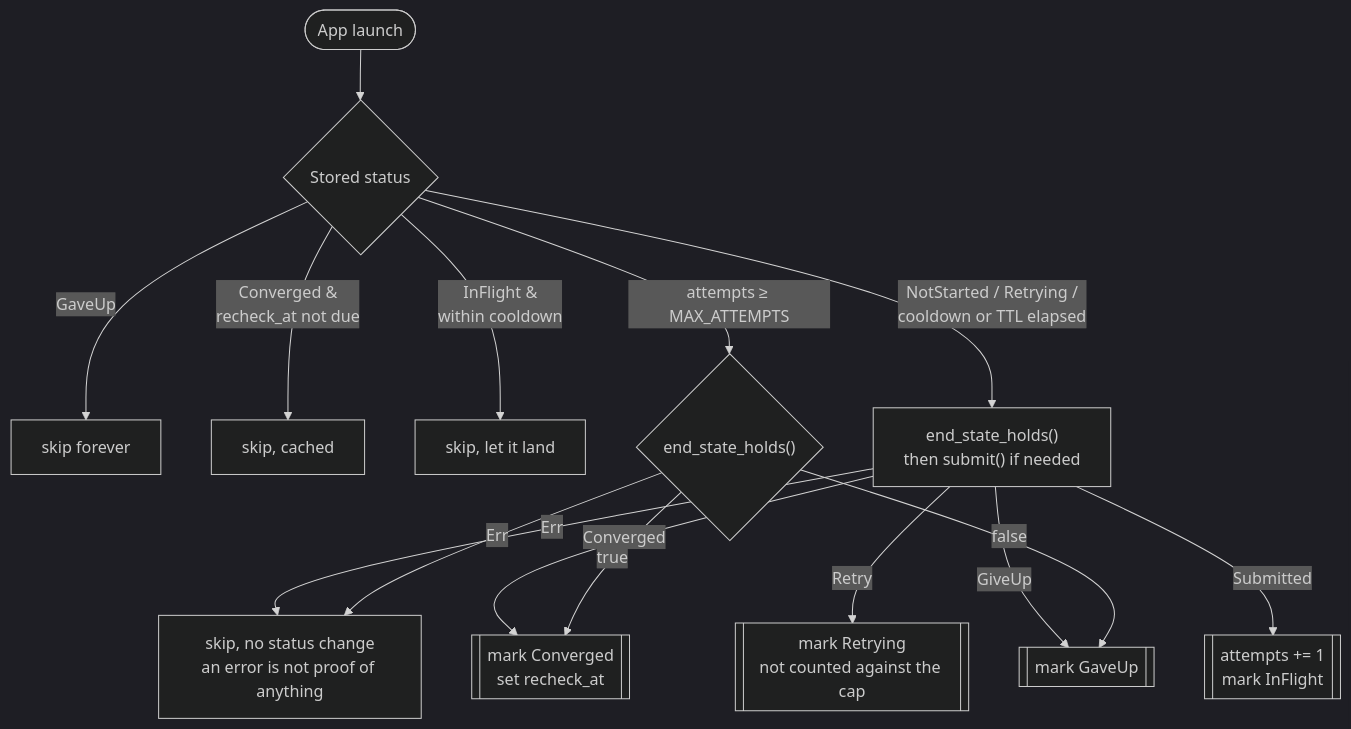
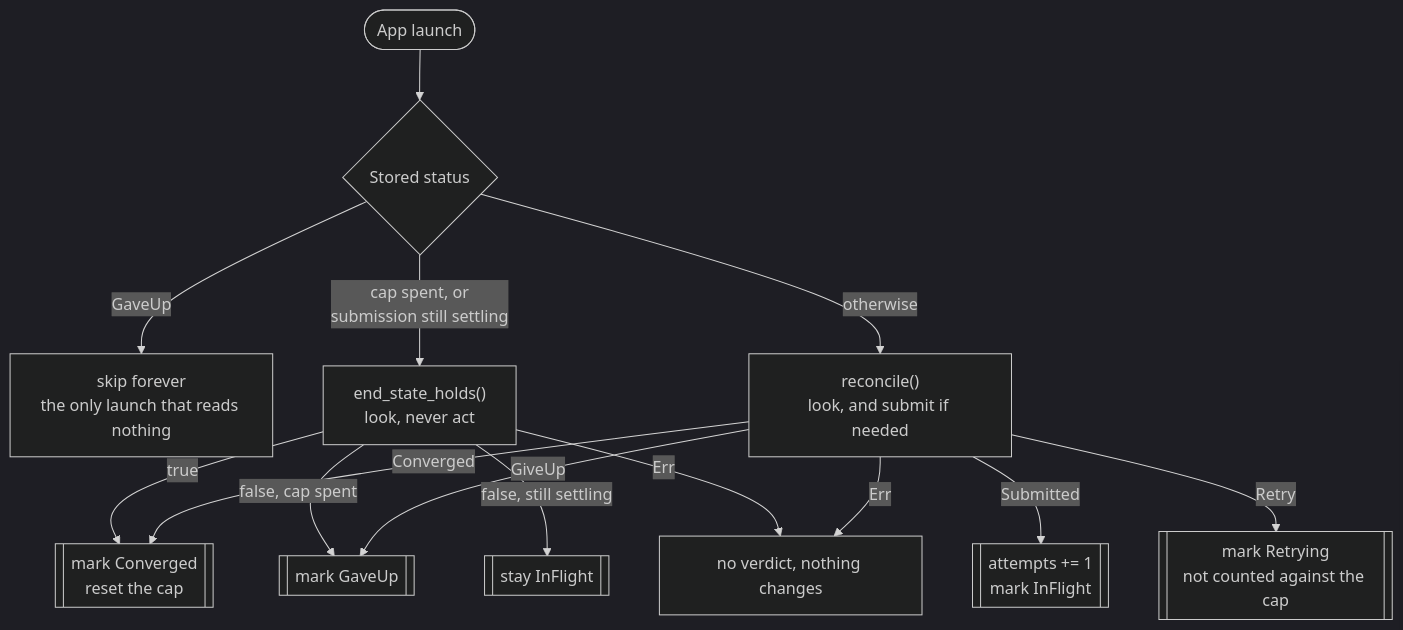
One commit to worldcoin/bedrock changed the diagram in bedrock/src/migration/README.md. Above: the diagram before and after it, drawn with Mermaid (dark theme). The commit also changed other lines of this file and 5 other files, not shown here.

````diff
--- a/bedrock/src/migration/README.md
+++ b/bedrock/src/migration/README.md
@@ -97,20 +98,19 @@
 ```mermaid
 flowchart TD
     Start([App launch]) --> Gate{Stored status}
 
-    Gate -- GaveUp --> SkipT[skip forever]
-    Gate -- "Converged &<br/>recheck_at not due" --> SkipC[skip, cached]
-    Gate -- "InFlight &<br/>within cooldown" --> SkipF[skip, let it land]
-    Gate -- "NotStarted / Retrying /<br/>cooldown or TTL elapsed" --> Rec["end_state_holds()<br/>then submit() if needed"]
+    Gate -- GaveUp --> SkipT[skip forever<br/>the only launch that reads nothing]
+    Gate -- "cap spent, or<br/>submission still settling" --> Obs["end_state_holds()<br/>look, never act"]
+    Gate -- otherwise --> Rec["reconcile()<br/>look, and submit if needed"]
 
-    Rec -- Err --> SkipE[skip, no status change<br/>an error is not proof of anything]
-    Rec -- Converged --> Done[["mark Converged<br/>set recheck_at"]]
+    Obs -- true --> Done[["mark Converged<br/>reset the cap"]]
+    Obs -- "false, cap spent" --> Terminal[["mark GaveUp"]]
+    Obs -- "false, still settling" --> Wait[["stay InFlight"]]
+    Obs -- Err --> SkipE[no verdict, nothing changes]
+
+    Rec -- Converged --> Done
+    Rec -- Submitted --> InFlight[["attempts += 1<br/>mark InFlight"]]
     Rec -- Retry --> Retry[["mark Retrying<br/>not counted against the cap"]]
-    Rec -- GiveUp --> Terminal[["mark GaveUp"]]
-    Rec -- Submitted --> InFlight[["attempts += 1<br/>mark InFlight"]]
-
-    Gate -- "attempts &ge; MAX_ATTEMPTS" --> Settle{"end_state_holds()"}
-    Settle -- true --> Done
-    Settle -- false --> Terminal
-    Settle -- Err --> SkipE
+    Rec -- GiveUp --> Terminal
+    Rec -- Err --> SkipE
 ```
````
